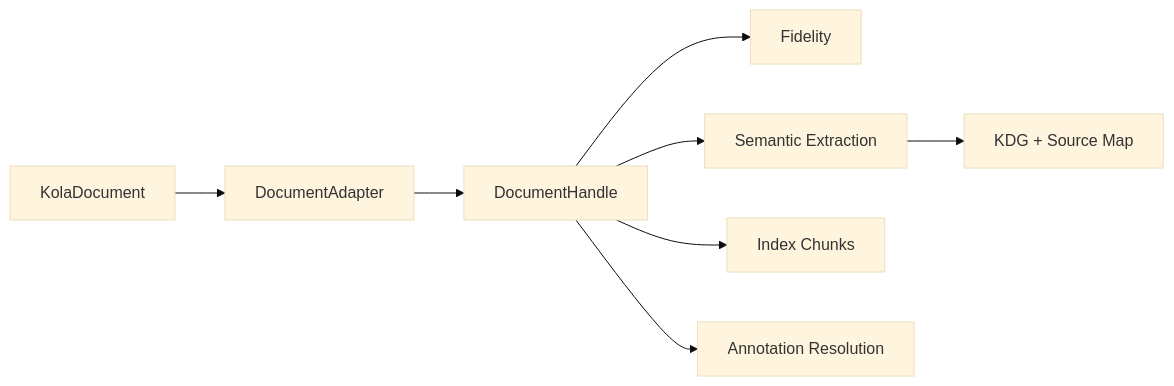
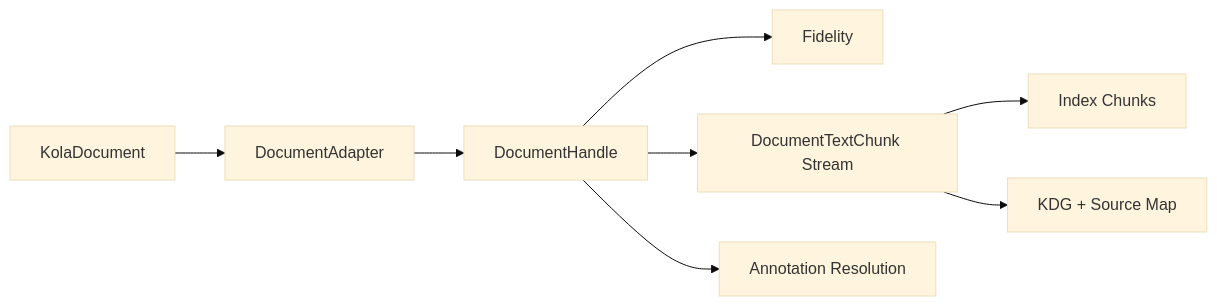
Before and after one commit to aaditya140103/kola: the seventh of 12 diagrams in docs/PROJECT_GRAPH.md, drawn with Mermaid (base theme). The commit also changed other lines of this file, not shown here.

Commit message:
docs: add PDF text extraction pipeline

````diff
--- a/docs/PROJECT_GRAPH.md
+++ b/docs/PROJECT_GRAPH.md
@@ -115,8 +129,9 @@
 ```mermaid
 flowchart LR
     Doc[KolaDocument] --> Adapter[DocumentAdapter] --> Handle[DocumentHandle]
     Handle --> Fidelity[Fidelity]
-    Handle --> Extract[Semantic Extraction] --> KDG[KDG + Source Map]
-    Handle --> Index[Index Chunks]
+    Handle --> Text[DocumentTextChunk Stream]
+    Text --> Index[Index Chunks]
+    Text --> KDG[KDG + Source Map]
     Handle --> Resolve[Annotation Resolution]
 ```
````
